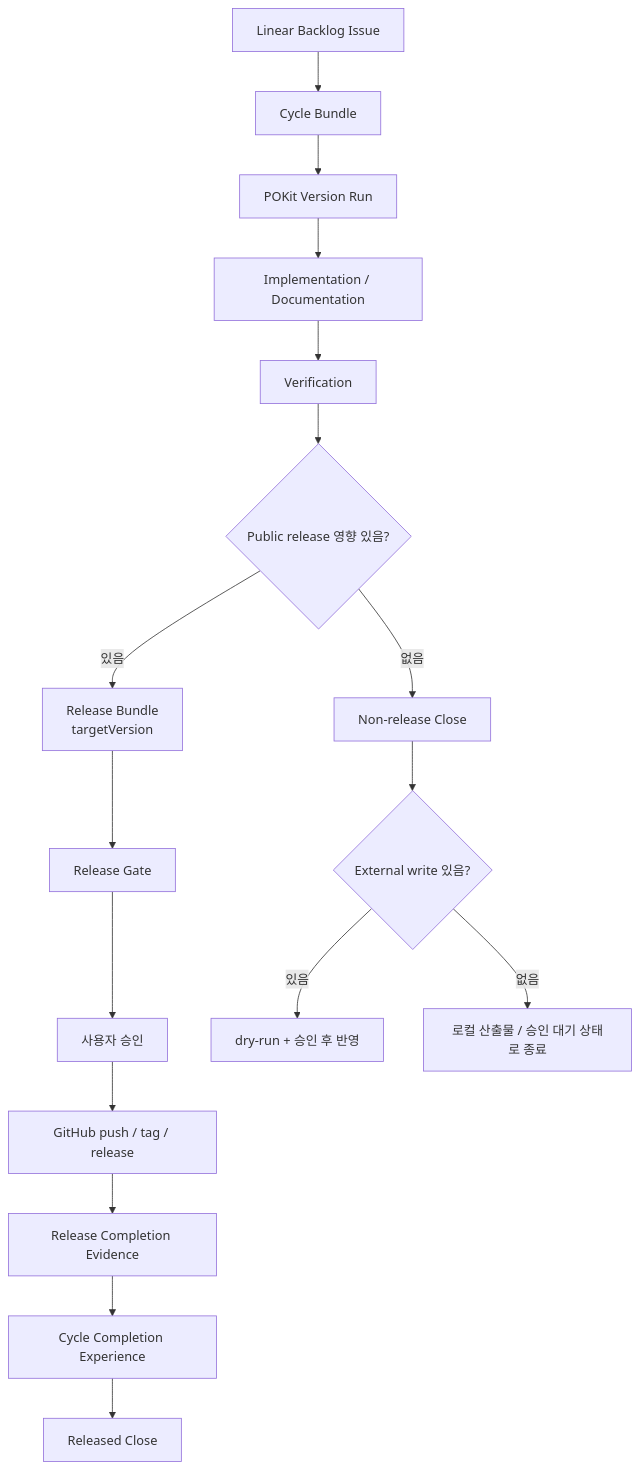
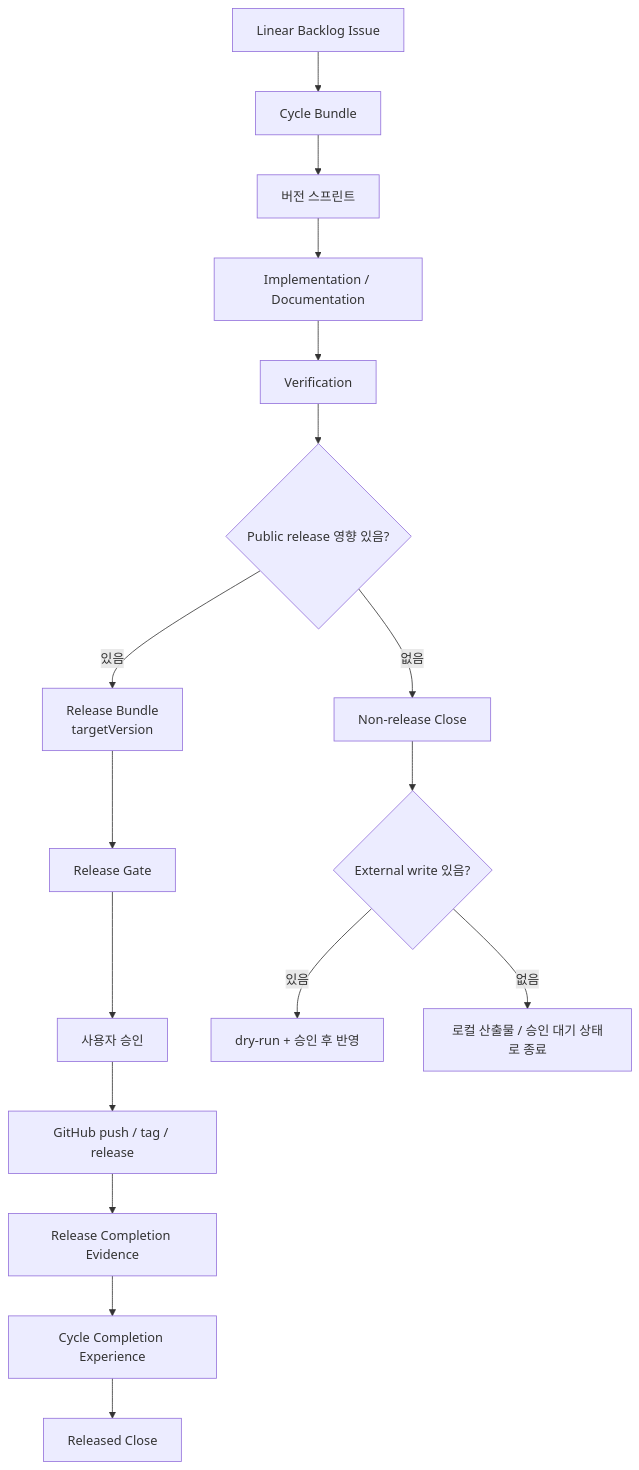
One commit to dongwonlee222/POKit changed the diagram in docs/architecture/09-release-and-non-release-flow.md. Above: the diagram before and after it, drawn with Mermaid. The commit also changed other lines of this file and 22 other files, not shown here.

First line of the commit message:
refactor: 명칭 변경 — Weekly Cycle → 위클리 서클, Version Run → 버전 스프린트

````diff
--- a/docs/architecture/09-release-and-non-release-flow.md
+++ b/docs/architecture/09-release-and-non-release-flow.md
@@ -7,21 +7,21 @@
 ```mermaid
 flowchart TD
   A["Linear Backlog Issue"] --> B["Cycle Bundle"]
-  B --> C["POKit Version Run"]
+  B --> C["버전 스프린트"]
   C --> D["Implementation / Documentation"]
   D --> E["Verification"]
   E --> F{"Public release 영향 있음?"}
 
   F -- "있음" --> G["Release Bundle<br/>targetVersion"]
   G --> H["Release Gate"]
   H --> I["사용자 승인"]
   I --> J["GitHub push / tag / release"]
   J --> P["Release Completion Evidence"]
   P --> Q["Cycle Completion Experience"]
   Q --> K["Released Close"]
 
   F -- "없음" --> L["Non-release Close"]
   L --> M{"External write 있음?"}
   M -- "있음" --> N["dry-run + 승인 후 반영"]
   M -- "없음" --> O["로컬 산출물 / 승인 대기 상태로 종료"]
 ```
````
